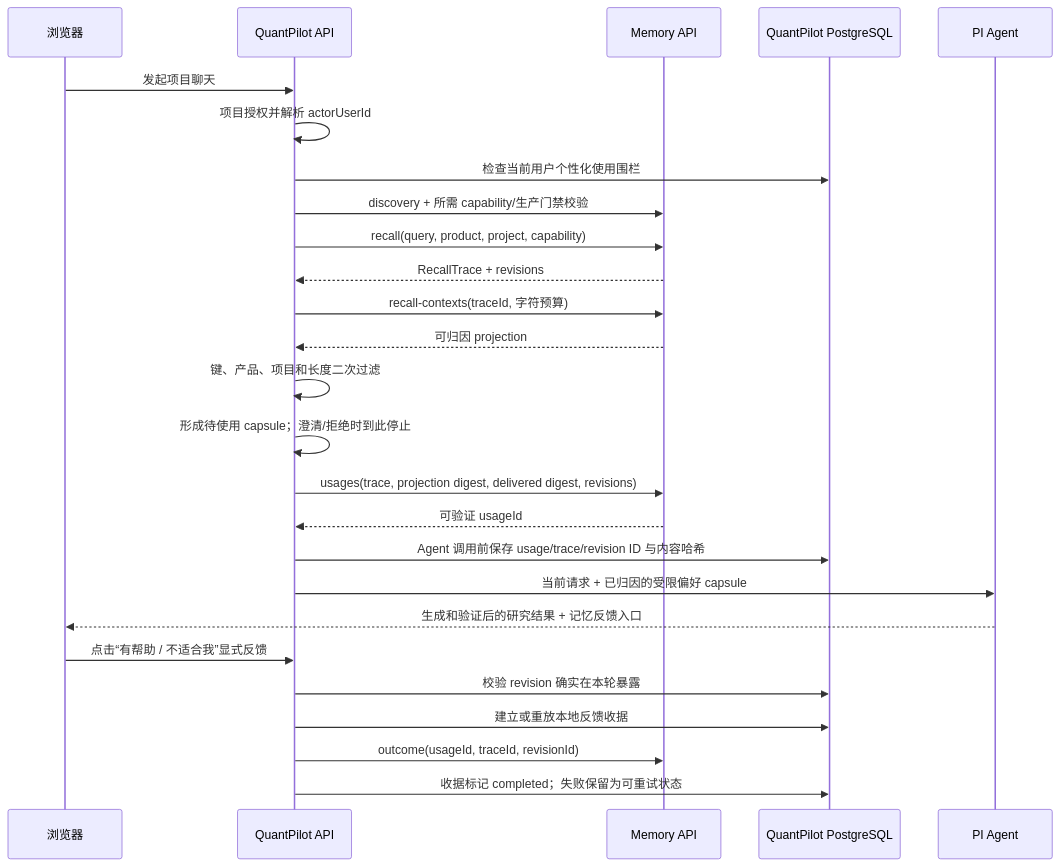
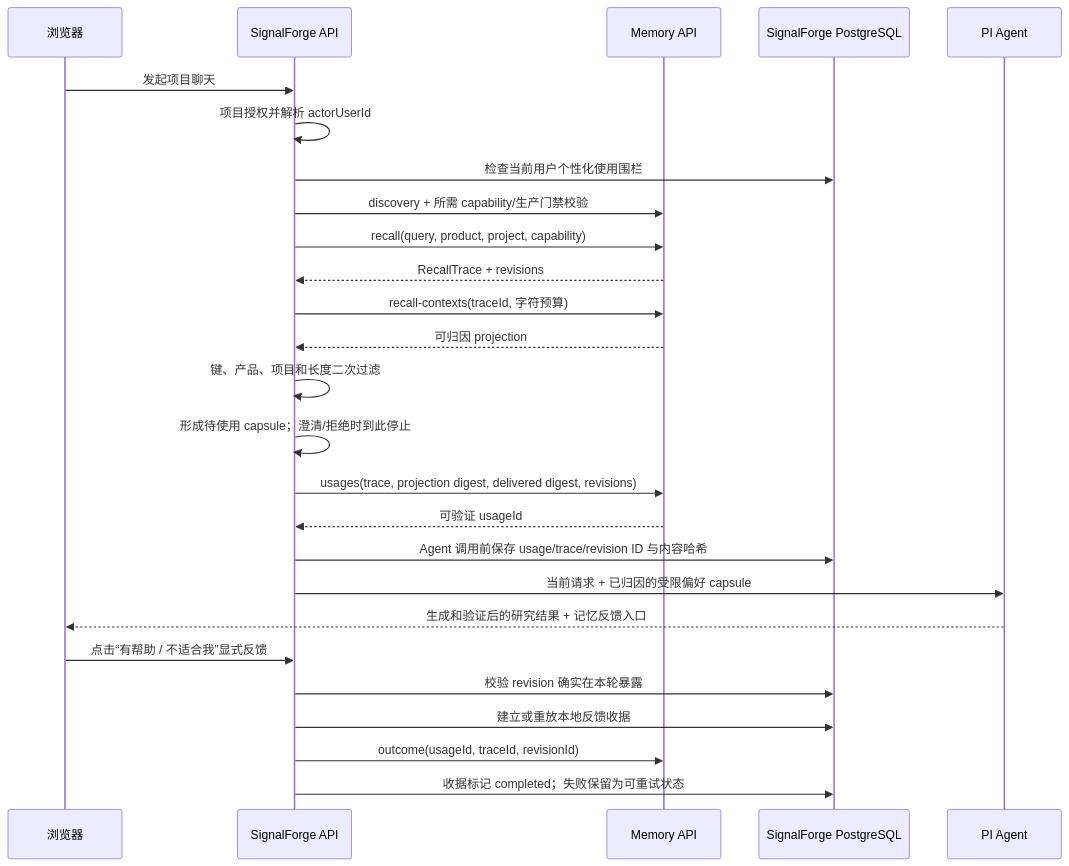
One commit to xbzz1018/SignalForge changed the diagram in docs/user-memory-integration.md. Above: the diagram before and after it, drawn with Mermaid. The commit also changed other lines of this file and 221 other files, not shown here.

Commit message:
refactor: unify SignalForge branding and focus the project showcase

````diff
--- a/docs/user-memory-integration.md
+++ b/docs/user-memory-integration.md
@@ -93,29 +93,29 @@
 ```mermaid
 sequenceDiagram
   participant B as 浏览器
-  participant Q as QuantPilot API
+  participant Q as SignalForge API
   participant M as Memory API
-  participant P as QuantPilot PostgreSQL
+  participant P as SignalForge PostgreSQL
   participant A as PI Agent
 
   B->>Q: 发起项目聊天
   Q->>Q: 项目授权并解析 actorUserId
   Q->>P: 检查当前用户个性化使用围栏
   Q->>M: discovery + 所需 capability/生产门禁校验
   Q->>M: recall(query, product, project, capability)
   M-->>Q: RecallTrace + revisions
   Q->>M: recall-contexts(traceId, 字符预算)
   M-->>Q: 可归因 projection
   Q->>Q: 键、产品、项目和长度二次过滤
   Q->>Q: 形成待使用 capsule；澄清/拒绝时到此停止
   Q->>M: usages(trace, projection digest, delivered digest, revisions)
   M-->>Q: 可验证 usageId
   Q->>P: Agent 调用前保存 usage/trace/revision ID 与内容哈希
   Q->>A: 当前请求 + 已归因的受限偏好 capsule
   A-->>B: 生成和验证后的研究结果 + 记忆反馈入口
   B->>Q: 点击“有帮助 / 不适合我”显式反馈
   Q->>P: 校验 revision 确实在本轮暴露
   Q->>P: 建立或重放本地反馈收据
   Q->>M: outcome(usageId, traceId, revisionId)
   Q->>P: 收据标记 completed；失败保留为可重试状态
 ```
````
